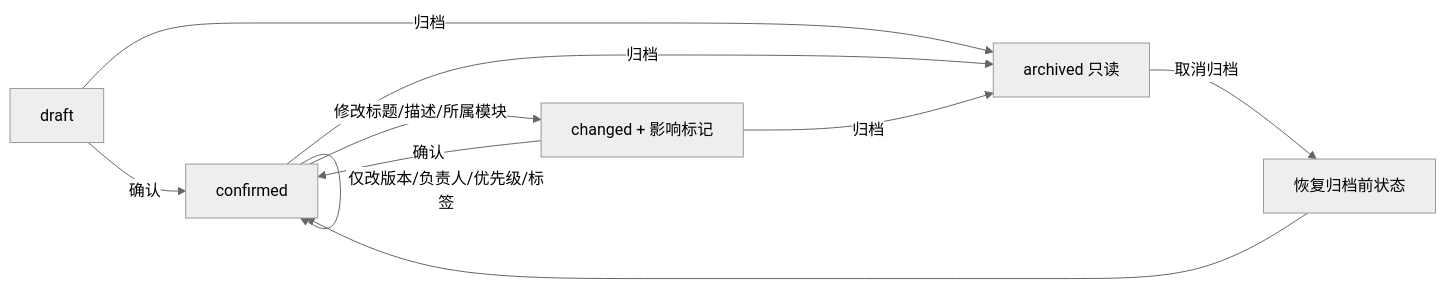
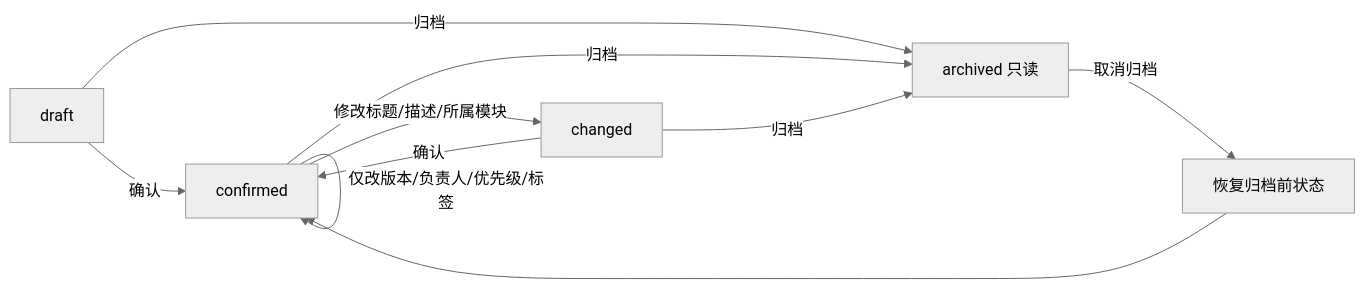
One commit to XiaoMiSum/robotest changed the second of 2 diagrams in docs/05-interaction-design/06-requirement-management/02-requirement-ui.md. Above: the diagram before and after it, drawn with Mermaid (neutral theme). The commit also changed other lines of this file and 35 other files, not shown here.

````diff
--- a/docs/05-interaction-design/06-requirement-management/02-requirement-ui.md
+++ b/docs/05-interaction-design/06-requirement-management/02-requirement-ui.md
@@ -235,12 +230,12 @@
 ```mermaid
 flowchart LR
   A[draft] --确认--> B[confirmed]
-  B --修改标题/描述/所属模块--> C[changed + 影响标记]
+  B --修改标题/描述/所属模块--> C[changed]
   B --仅改版本/负责人/优先级/标签--> B
   C --确认--> B
   A --归档--> D[archived 只读]
   B --归档--> D
   C --归档--> D
   D --取消归档--> E[恢复归档前状态]
   E --> B
 ```
````
